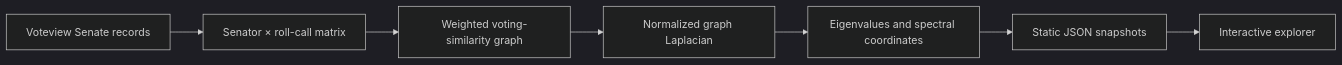
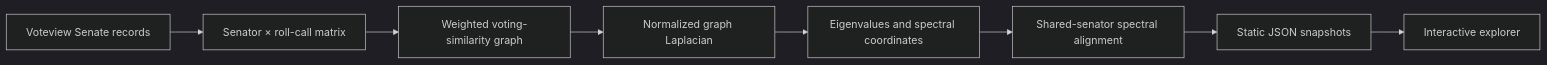
One commit to maxchelminski/eigenpolitics changed the diagram in README.md. Above: the diagram before and after it, drawn with Mermaid (dark theme). The commit also changed other lines of this file and 146 other files, not shown here.

Commit message:
Align spectral Congress plots through shared senators

````diff
--- a/README.md
+++ b/README.md
@@ -139,9 +138,10 @@
 ```mermaid
 flowchart LR
     A[Voteview Senate records] --> B[Senator × roll-call matrix]
     B --> C[Weighted voting-similarity graph]
     C --> D[Normalized graph Laplacian]
     D --> E[Eigenvalues and spectral coordinates]
-    E --> F[Static JSON snapshots]
-    F --> G[Interactive explorer]
+    E --> F[Shared-senator spectral alignment]
+    F --> G[Static JSON snapshots]
+    G --> H[Interactive explorer]
 ```
````
